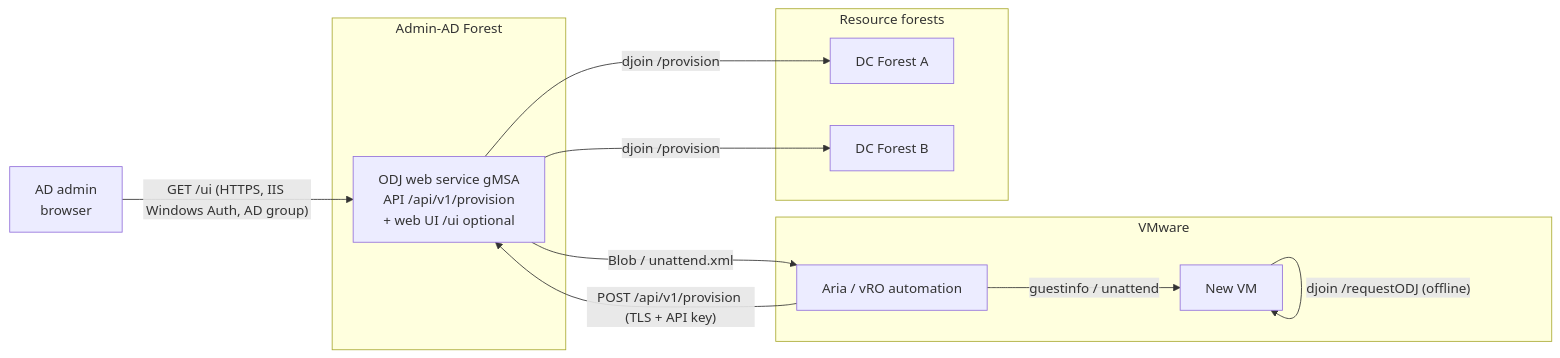
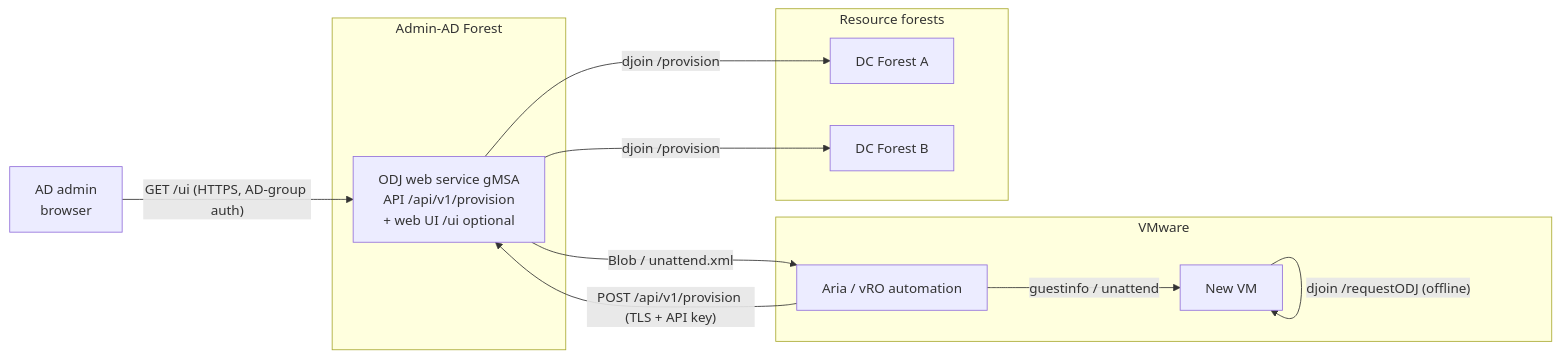
One commit to BetaHydri/CrossForestOfflineJoin changed the diagram in docs/README.en.md. Above: the diagram before and after it, drawn with Mermaid. The commit also changed other lines of this file and 8 other files, not shown here.

````diff
--- a/docs/README.en.md
+++ b/docs/README.en.md
@@ -48,23 +48,23 @@
 ```mermaid
 flowchart LR
     ADM[AD admin<br/>browser]
     subgraph VMware
         A[Aria / vRO automation]
         VM[New VM]
     end
     subgraph AdminAD[Admin-AD Forest]
         SVC[ODJ web service gMSA<br/>API /api/v1/provision<br/>+ web UI /ui optional]
     end
     subgraph ResForests[Resource forests]
         DCA[DC Forest A]
         DCB[DC Forest B]
     end
 
     A -- POST /api/v1/provision (TLS + API key) --> SVC
-    ADM -- GET /ui (HTTPS, IIS Windows Auth, AD group) --> SVC
+    ADM -- GET /ui (HTTPS, AD-group auth) --> SVC
     SVC -- djoin /provision --> DCA
     SVC -- djoin /provision --> DCB
     SVC -- Blob / unattend.xml --> A
     A -- guestinfo / unattend --> VM
     VM -- djoin /requestODJ (offline) --> VM
 ```
````
